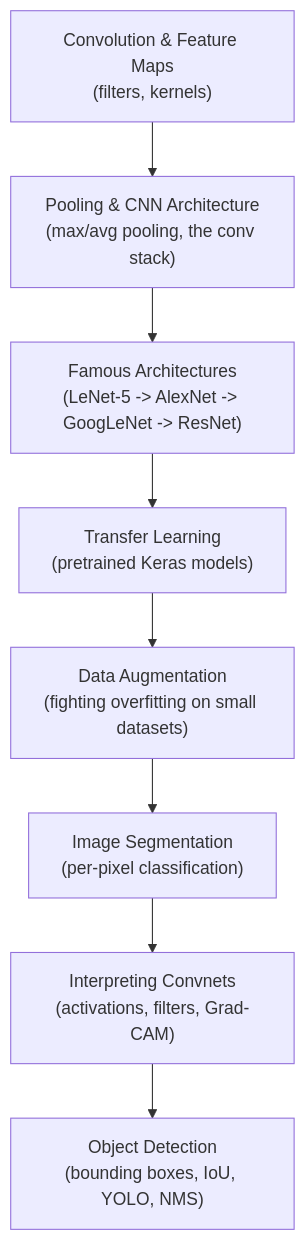
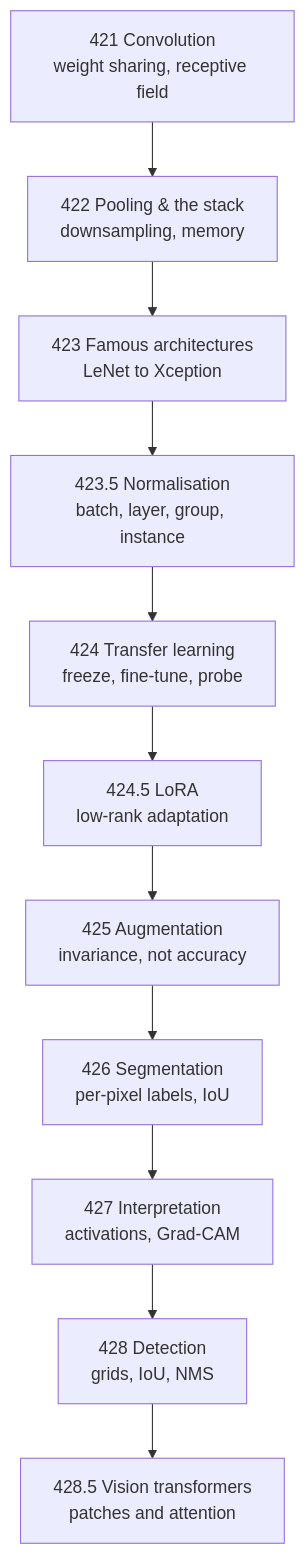
One commit to Ravikisha/PythonCentralHub changed the diagram in src/content/docs/Deep Learning/Phase 03 - Computer Vision with CNNs/Phase 3 - Computer Vision with CNNs.mdx. Above: the diagram before and after it, drawn with Mermaid. The commit also changed other lines of this file and 626 other files, not shown here.

````diff
--- a/src/content/docs/Deep Learning/Phase 03 - Computer Vision with CNNs/Phase 3 - Computer Vision with CNNs.mdx
+++ b/src/content/docs/Deep Learning/Phase 03 - Computer Vision with CNNs/Phase 3 - Computer Vision with CNNs.mdx
@@ -40,10 +36,13 @@
 ```mermaid
 flowchart TD
-  A["Convolution & Feature Maps<br/>(filters, kernels)"] --> B["Pooling & CNN Architecture<br/>(max/avg pooling, the conv stack)"]
-  B --> C["Famous Architectures<br/>(LeNet-5 -> AlexNet -> GoogLeNet -> ResNet)"]
-  C --> D["Transfer Learning<br/>(pretrained Keras models)"]
-  D --> E["Data Augmentation<br/>(fighting overfitting on small datasets)"]
-  E --> F["Image Segmentation<br/>(per-pixel classification)"]
-  F --> G["Interpreting Convnets<br/>(activations, filters, Grad-CAM)"]
-  G --> H["Object Detection<br/>(bounding boxes, IoU, YOLO, NMS)"]
+  A["421 Convolution<br/>weight sharing, receptive field"] --> B["422 Pooling & the stack<br/>downsampling, memory"]
+  B --> C["423 Famous architectures<br/>LeNet to Xception"]
+  C --> D["423.5 Normalisation<br/>batch, layer, group, instance"]
+  D --> E["424 Transfer learning<br/>freeze, fine-tune, probe"]
+  E --> L["424.5 LoRA<br/>low-rank adaptation"]
+  L --> F["425 Augmentation<br/>invariance, not accuracy"]
+  F --> G["426 Segmentation<br/>per-pixel labels, IoU"]
+  G --> H["427 Interpretation<br/>activations, Grad-CAM"]
+  H --> I["428 Detection<br/>grids, IoU, NMS"]
+  I --> J["428.5 Vision transformers<br/>patches and attention"]
 ```
````
